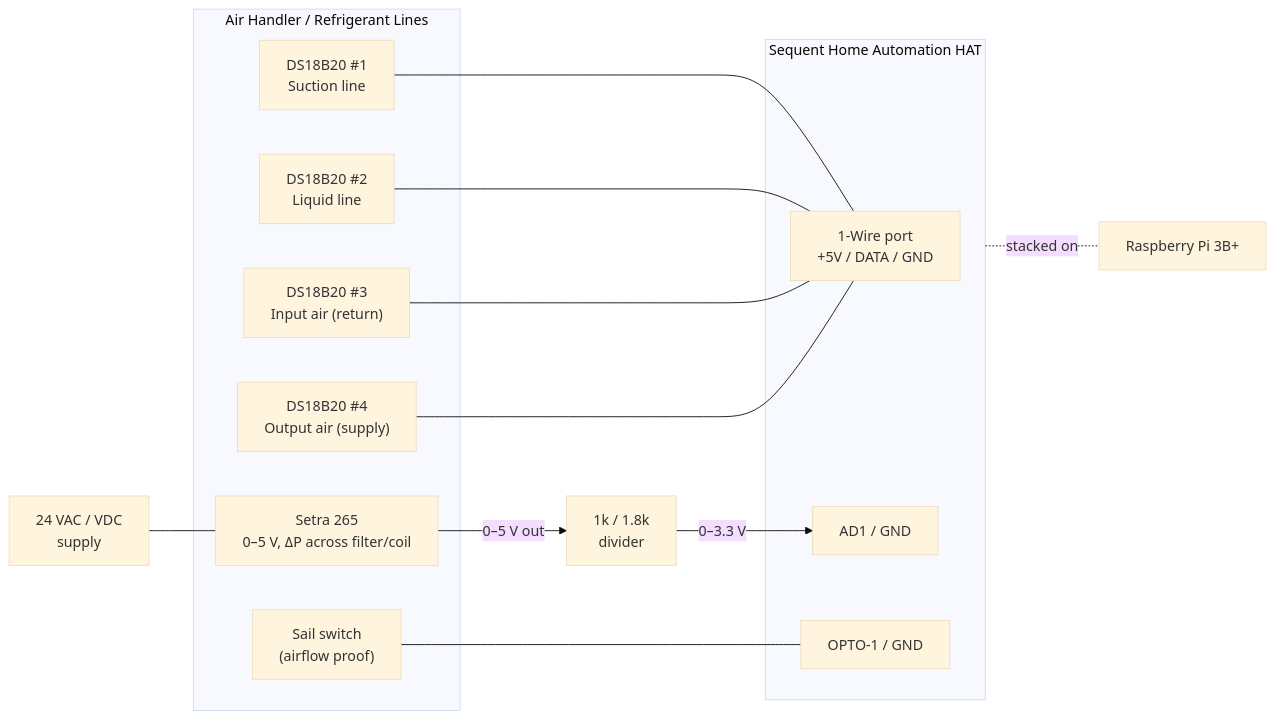
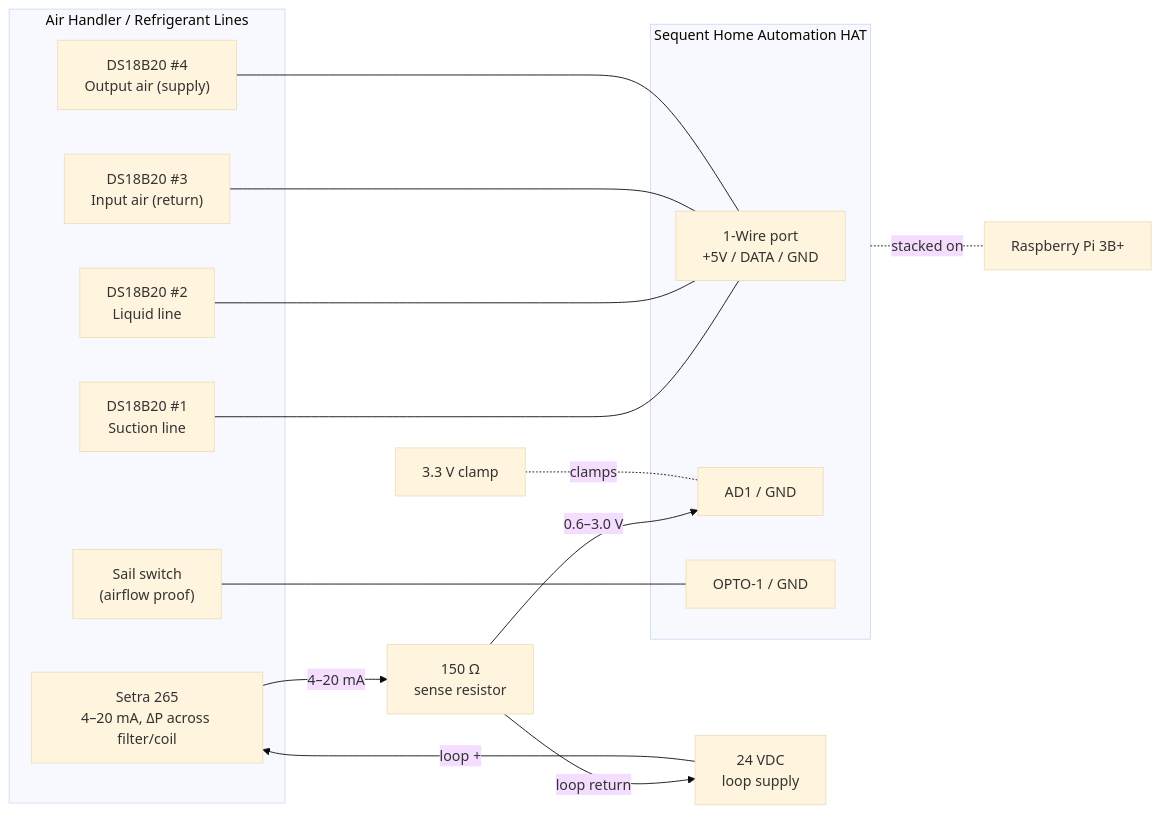
The diagram in docs/hardware.md (jeffstrout/ac-monitor), drawn with Mermaid (base theme) before and after one commit. The commit also changed other lines of this file and 3 other files, not shown here.

````diff
--- a/docs/hardware.md
+++ b/docs/hardware.md
@@ -57,32 +62,35 @@
 ```mermaid
 flowchart LR
     subgraph FIELD["Air Handler / Refrigerant Lines"]
       T1["DS18B20 #1<br/>Suction line"]
       T2["DS18B20 #2<br/>Liquid line"]
       T3["DS18B20 #3<br/>Input air (return)"]
       T4["DS18B20 #4<br/>Output air (supply)"]
       SAIL["Sail switch<br/>(airflow proof)"]
-      SETRA["Setra 265<br/>0–5 V, ΔP across filter/coil"]
+      SETRA["Setra 265<br/>4–20 mA, ΔP across filter/coil"]
     end
 
-    DIV["1k / 1.8k<br/>divider"]
-    P24["24 VAC / VDC<br/>supply"]
+    P24["24 VDC<br/>loop supply"]
+    RS["150 Ω<br/>sense resistor"]
+    TVS["3.3 V clamp"]
 
     subgraph HAT["Sequent Home Automation HAT"]
       OW["1-Wire port<br/>+5V / DATA / GND"]
       AD1["AD1 / GND"]
       O1["OPTO-1 / GND"]
     end
 
     PI["Raspberry Pi 3B+"]
 
     T1 --- OW
     T2 --- OW
     T3 --- OW
     T4 --- OW
     SAIL --- O1
-    P24 --- SETRA
-    SETRA -- "0–5 V out" --> DIV
-    DIV -- "0–3.3 V" --> AD1
+    P24 -- "loop +" --> SETRA
+    SETRA -- "4–20 mA" --> RS
+    RS -- "0.6–3.0 V" --> AD1
+    RS -- "loop return" --> P24
+    TVS -.clamps.- AD1
     HAT -.stacked on.- PI
 ```
````
